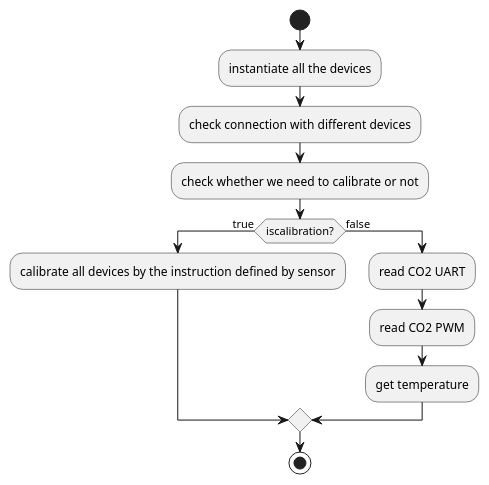
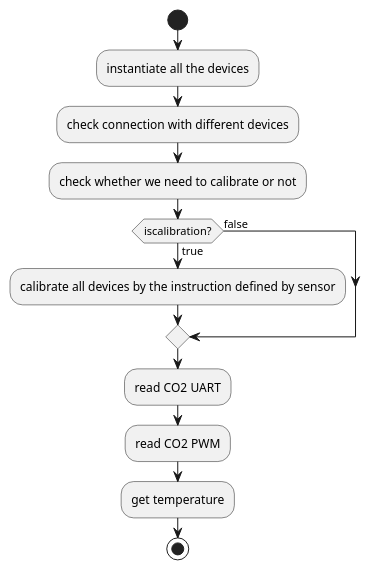
Before and after one commit to yichin-weng/environment_sensoro_system: the second of 2 diagrams in README.md, drawn with PlantUML.

Commit message:
todo: create a popup window       define the structure of this program       modify arduino code by FreeRTOS       calibrate co2 sensor with other model add: readme modified: StructQueue.ino ( implement FreeRTOS )

````diff
--- a/README.md
+++ b/README.md
@@ -74,14 +74,15 @@
 ```plantuml
 start
 :instantiate all the devices;
 :check connection with different devices;
 :check whether we need to calibrate or not;
 if (iscalibration?) then (true)
     :calibrate all devices by the instruction defined by sensor;
 else(false)
+endif
 :read CO2 UART;
 :read CO2 PWM;
 :get temperature;
-endif
+
 stop
 ```
````
